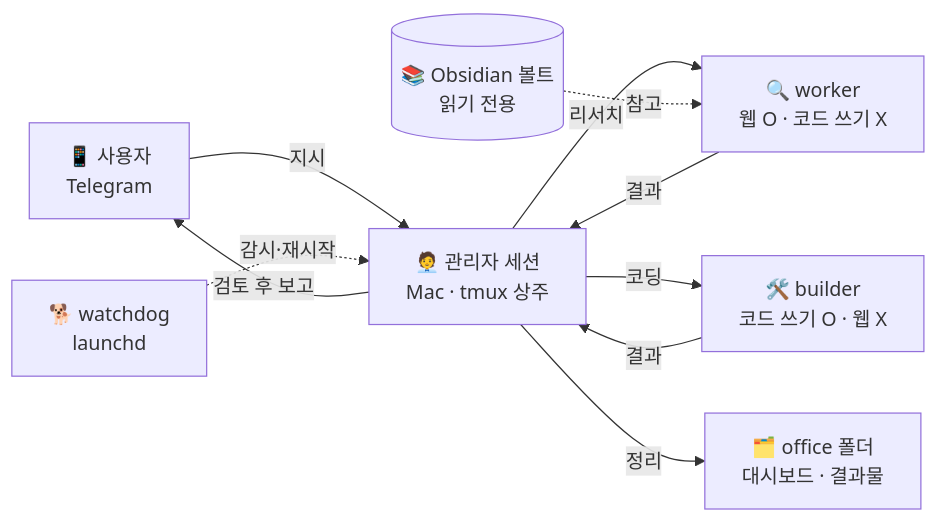
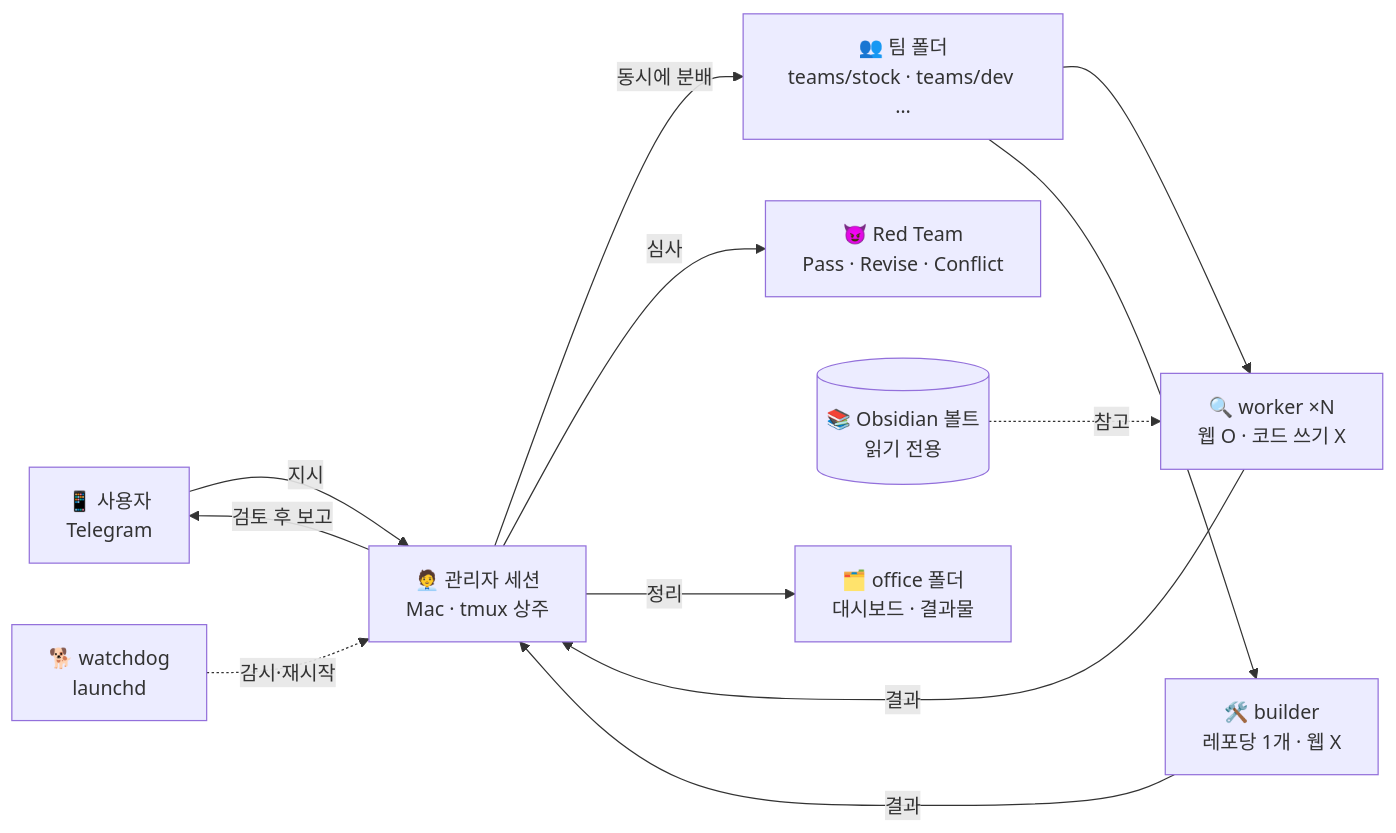
One commit to zzaehong/nidus-plugin changed the diagram in README.md. Above: the diagram before and after it, drawn with Mermaid. The commit also changed other lines of this file and 24 other files, not shown here.

First line of the commit message:
0.4.0 준비: 폴더 기반 팀과 동시 분배, 사용량 관리, Completion Contract, Red Team

````diff
--- a/README.md
+++ b/README.md
@@ -31,12 +31,14 @@
 ```mermaid
 flowchart LR
     U["📱 사용자<br/>Telegram"] -- 지시 --> M["🧑‍💼 관리자 세션<br/>Mac · tmux 상주"]
-    M -- 리서치 --> W["🔍 worker<br/>웹 O · 코드 쓰기 X"]
-    M -- 코딩 --> B["🛠️ builder<br/>코드 쓰기 O · 웹 X"]
+    M -- "동시에 분배" --> T["👥 팀 폴더<br/>teams/stock · teams/dev …"]
+    T --> W["🔍 worker ×N<br/>웹 O · 코드 쓰기 X"]
+    T --> B["🛠️ builder<br/>레포당 1개 · 웹 X"]
     W -- 결과 --> M
     B -- 결과 --> M
+    M -- 심사 --> R["😈 Red Team<br/>Pass · Revise · Conflict"]
     V[("📚 Obsidian 볼트<br/>읽기 전용")] -. 참고 .-> W
     M -- "검토 후 보고" --> U
     M -- 정리 --> O["🗂️ office 폴더<br/>대시보드 · 결과물"]
     D["🐕 watchdog<br/>launchd"] -. 감시·재시작 .-> M
 ```
````
